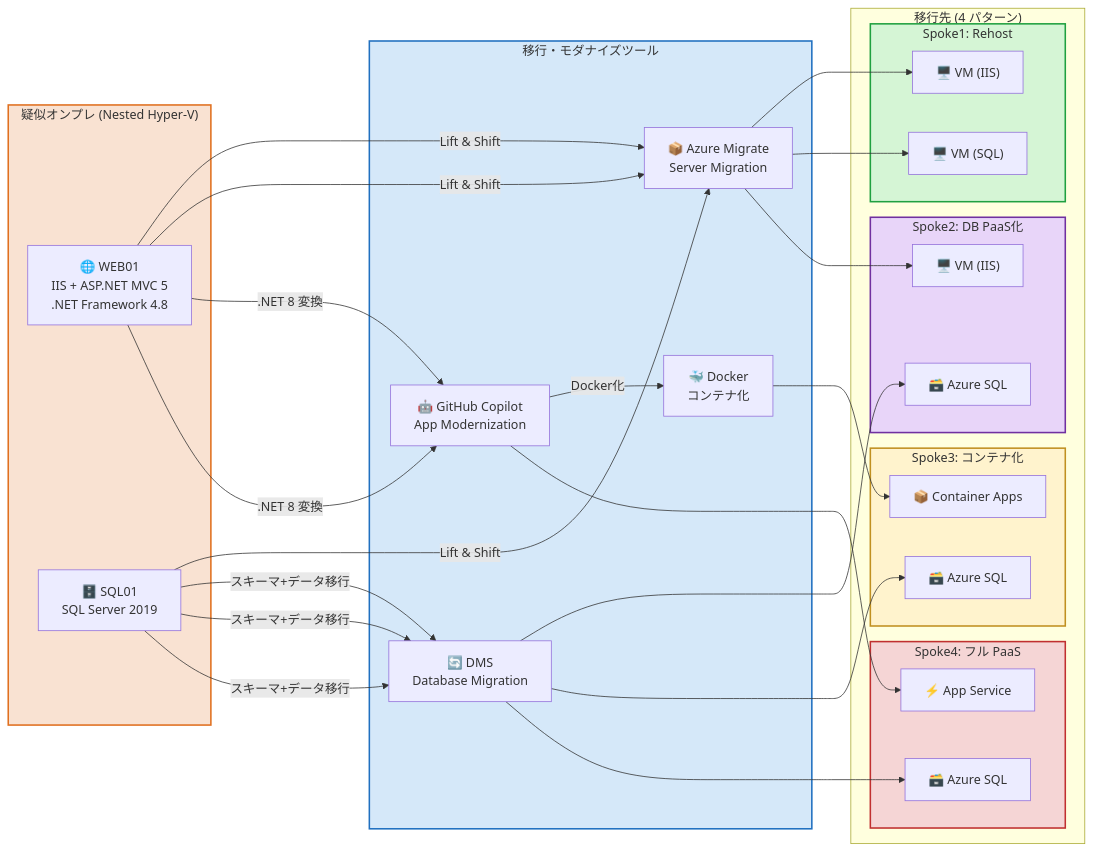
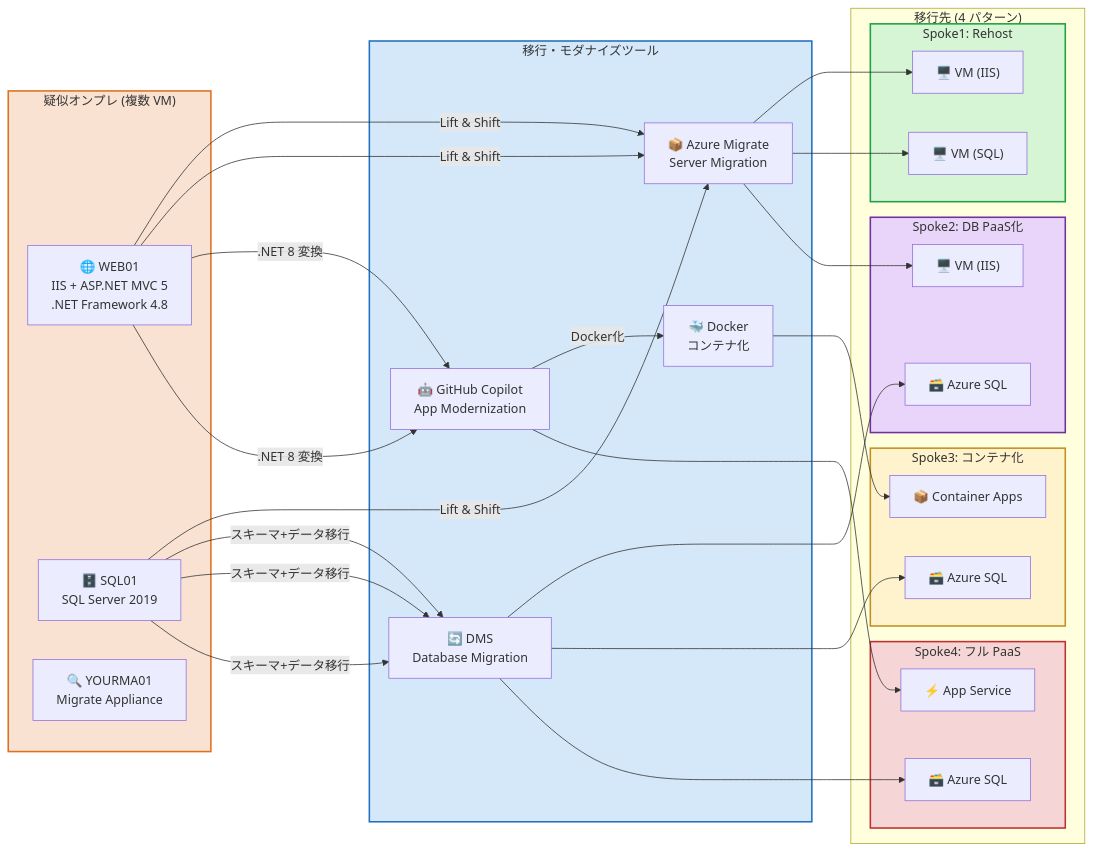
One commit to ylearning86/Azure-Migration-Modernization-PoC-Handson changed the second of 3 diagrams in docs/architecture-diagrams.md. Above: the diagram before and after it, drawn with Mermaid. The commit also changed other lines of this file, not shown here.

First line of the commit message:
Revise on-premises IPs and comments in architecture diagram

````diff
--- a/docs/architecture-diagrams.md
+++ b/docs/architecture-diagrams.md
@@ -105,52 +102,53 @@
 ```mermaid
 flowchart LR
-    subgraph Source["疑似オンプレ (Nested Hyper-V)"]
+    subgraph Source["疑似オンプレ (複数 VM)"]
         WEB01["🌐 WEB01<br/>IIS + ASP.NET MVC 5<br/>.NET Framework 4.8"]
         SQL01["🗄️ SQL01<br/>SQL Server 2019"]
+        MA01["🔍 YOURMA01<br/>Migrate Appliance"]
     end
 
     subgraph Tools["移行・モダナイズツール"]
         AM["📦 Azure Migrate<br/>Server Migration"]
         DMS["🔄 DMS<br/>Database Migration"]
         COPILOT["🤖 GitHub Copilot<br/>App Modernization"]
         DOCKER["🐳 Docker<br/>コンテナ化"]
     end
 
     subgraph Targets["移行先 (4 パターン)"]
         subgraph T1["Spoke1: Rehost"]
             T1W["🖥️ VM (IIS)"]
             T1D["🖥️ VM (SQL)"]
         end
         subgraph T2["Spoke2: DB PaaS化"]
             T2W["🖥️ VM (IIS)"]
             T2D["🗃️ Azure SQL"]
         end
         subgraph T3["Spoke3: コンテナ化"]
             T3W["📦 Container Apps"]
             T3D["🗃️ Azure SQL"]
         end
         subgraph T4["Spoke4: フル PaaS"]
             T4W["⚡ App Service"]
             T4D["🗃️ Azure SQL"]
         end
     end
 
     WEB01 -->|"Lift & Shift"| AM --> T1W
     SQL01 -->|"Lift & Shift"| AM --> T1D
 
     WEB01 -->|"Lift & Shift"| AM --> T2W
     SQL01 -->|"スキーマ+データ移行"| DMS --> T2D
 
     WEB01 -->|".NET 8 変換"| COPILOT -->|"Docker化"| DOCKER --> T3W
     SQL01 -->|"スキーマ+データ移行"| DMS --> T3D
 
     WEB01 -->|".NET 8 変換"| COPILOT --> T4W
     SQL01 -->|"スキーマ+データ移行"| DMS --> T4D
 
     style Source fill:#f9e2d2,stroke:#e07020,stroke-width:2px
     style Tools fill:#d5e8f9,stroke:#2070c0,stroke-width:2px
     style T1 fill:#d5f5d5,stroke:#20a040,stroke-width:2px
     style T2 fill:#e8d5f9,stroke:#7030a0,stroke-width:2px
     style T3 fill:#fff3cd,stroke:#c09020,stroke-width:2px
     style T4 fill:#f5d5d5,stroke:#c03030,stroke-width:2px
 ```
````
